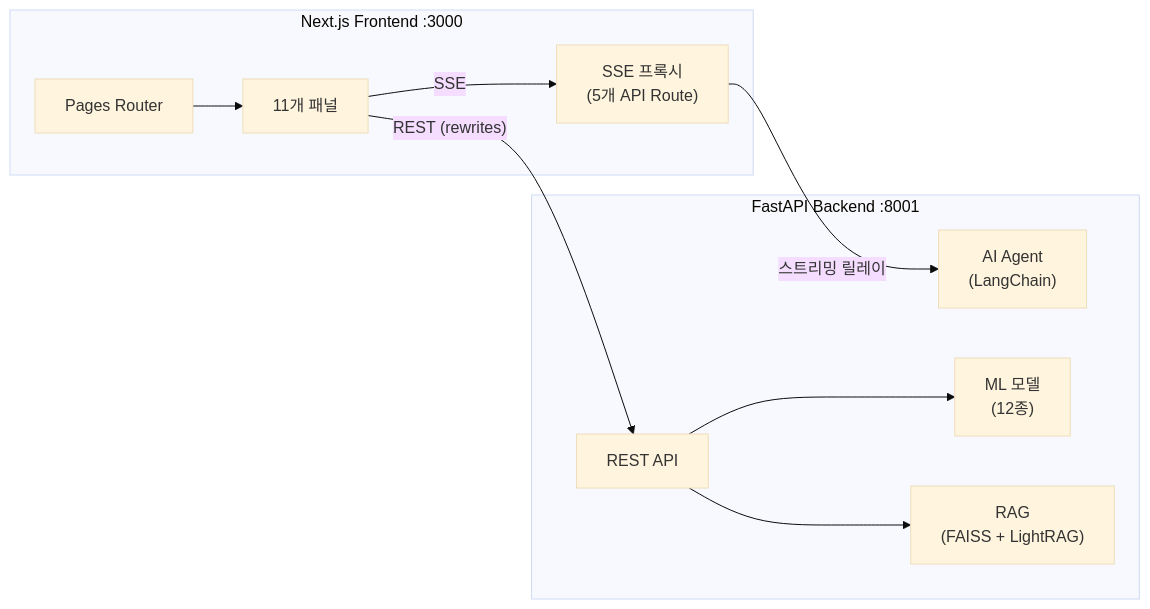
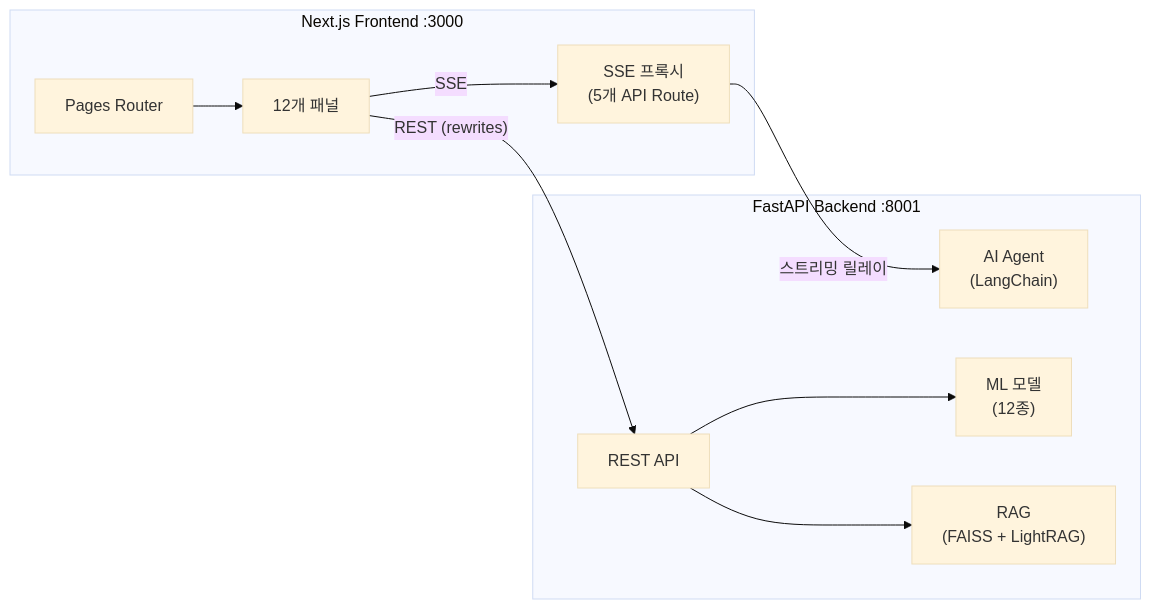
The first of 14 diagrams in nextjs/README.md (ASNGG/cafe24-demo), drawn with Mermaid (base theme) before and after one commit. The commit also changed other lines of this file and 1 other file, not shown here.

````diff
--- a/nextjs/README.md
+++ b/nextjs/README.md
@@ -37,22 +37,22 @@
 ```mermaid
 graph LR
     subgraph Frontend["Next.js Frontend :3000"]
         Pages["Pages Router"]
-        Panels["11개 패널"]
+        Panels["12개 패널"]
         SSEProxy["SSE 프록시<br/>(5개 API Route)"]
     end
 
     subgraph Backend["FastAPI Backend :8001"]
         API["REST API"]
         Agent["AI Agent<br/>(LangChain)"]
         ML["ML 모델<br/>(12종)"]
         RAG["RAG<br/>(FAISS + LightRAG)"]
     end
 
     Pages --> Panels
     Panels -->|"REST (rewrites)"| API
     Panels -->|"SSE"| SSEProxy
     SSEProxy -->|"스트리밍 릴레이"| Agent
     API --> ML
     API --> RAG
 ```
````
